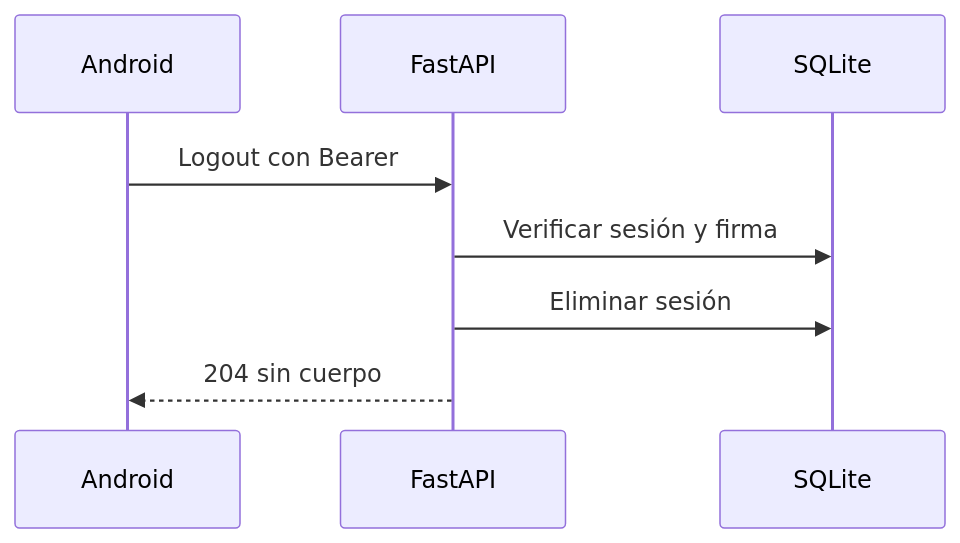
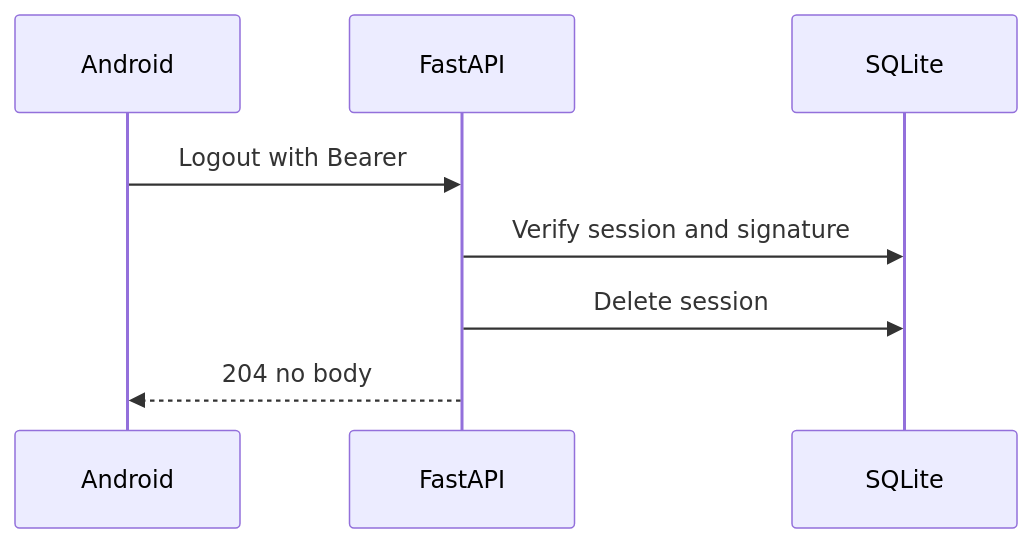
The third of 3 diagrams in docs/technical/05-security.md (eir-nasa/Backend), drawn with Mermaid before and after one commit. The commit also changed other lines of this file and 10 other files, not shown here.

````diff
--- a/docs/technical/05-security.md
+++ b/docs/technical/05-security.md
@@ -37,10 +37,10 @@
 ```mermaid
 sequenceDiagram
   participant A as Android
   participant API as FastAPI
   participant DB as SQLite
-  A->>API: Logout con Bearer
-  API->>DB: Verificar sesión y firma
-  API->>DB: Eliminar sesión
-  API-->>A: 204 sin cuerpo
+  A->>API: Logout with Bearer
+  API->>DB: Verify session and signature
+  API->>DB: Delete session
+  API-->>A: 204 no body
 ```
````
